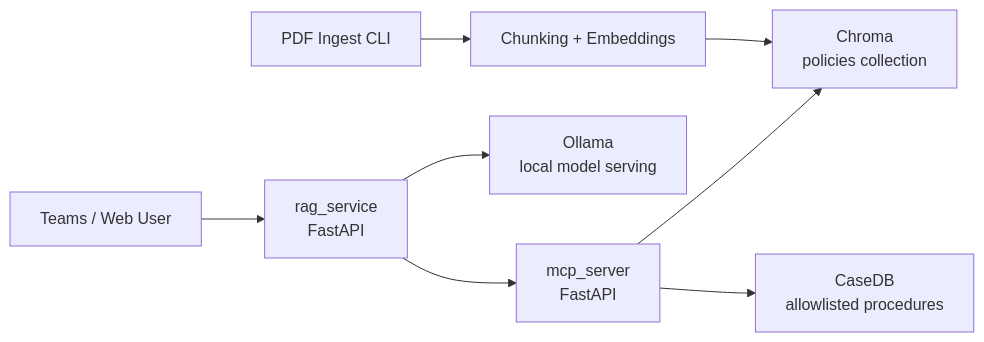
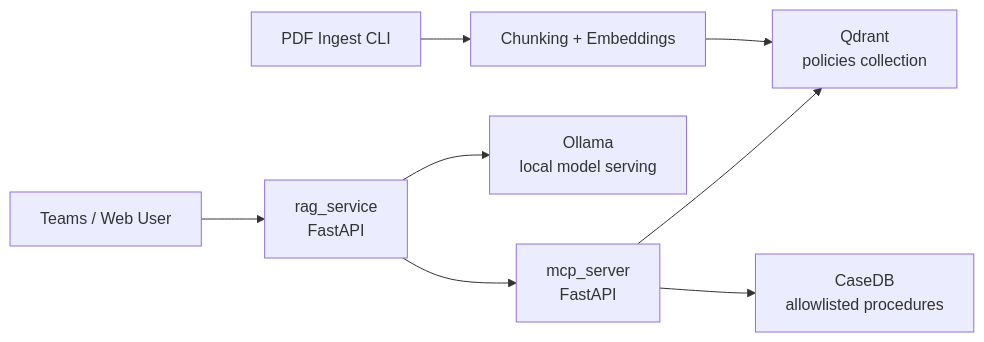
The first of 8 diagrams in docs/ARCHITECTURE.md (nprasann/state-policy-rag-starter), drawn with Mermaid before and after one commit. The commit also changed other lines of this file and 20 other files, not shown here.

````diff
--- a/docs/ARCHITECTURE.md
+++ b/docs/ARCHITECTURE.md
@@ -18,10 +18,10 @@
 ```mermaid
 flowchart LR
     User["Teams / Web User"] --> RAG["rag_service<br/>FastAPI"]
     RAG --> MCP["mcp_server<br/>FastAPI"]
-    MCP --> Chroma["Chroma<br/>policies collection"]
+    MCP --> Qdrant["Qdrant<br/>policies collection"]
     MCP --> CaseDB["CaseDB<br/>allowlisted procedures"]
     RAG --> Ollama["Ollama<br/>local model serving"]
     Ingest["PDF Ingest CLI"] --> Chunking["Chunking + Embeddings"]
-    Chunking --> Chroma
+    Chunking --> Qdrant
 ```
````
